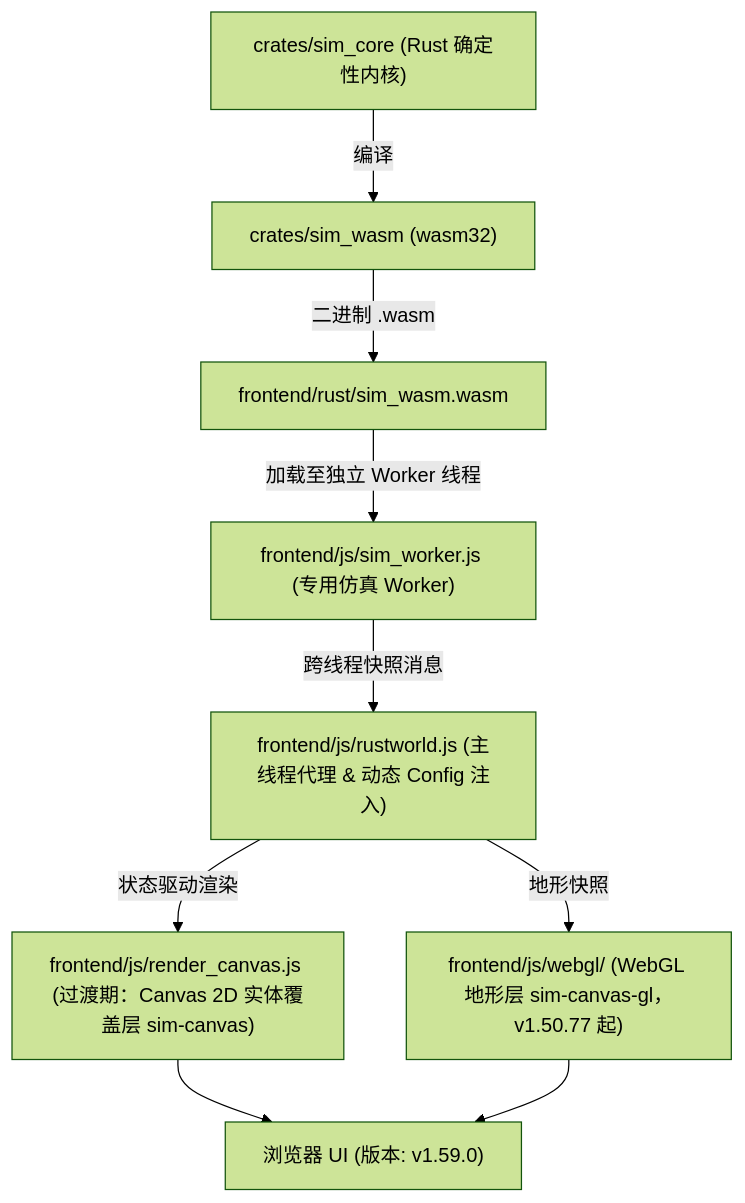
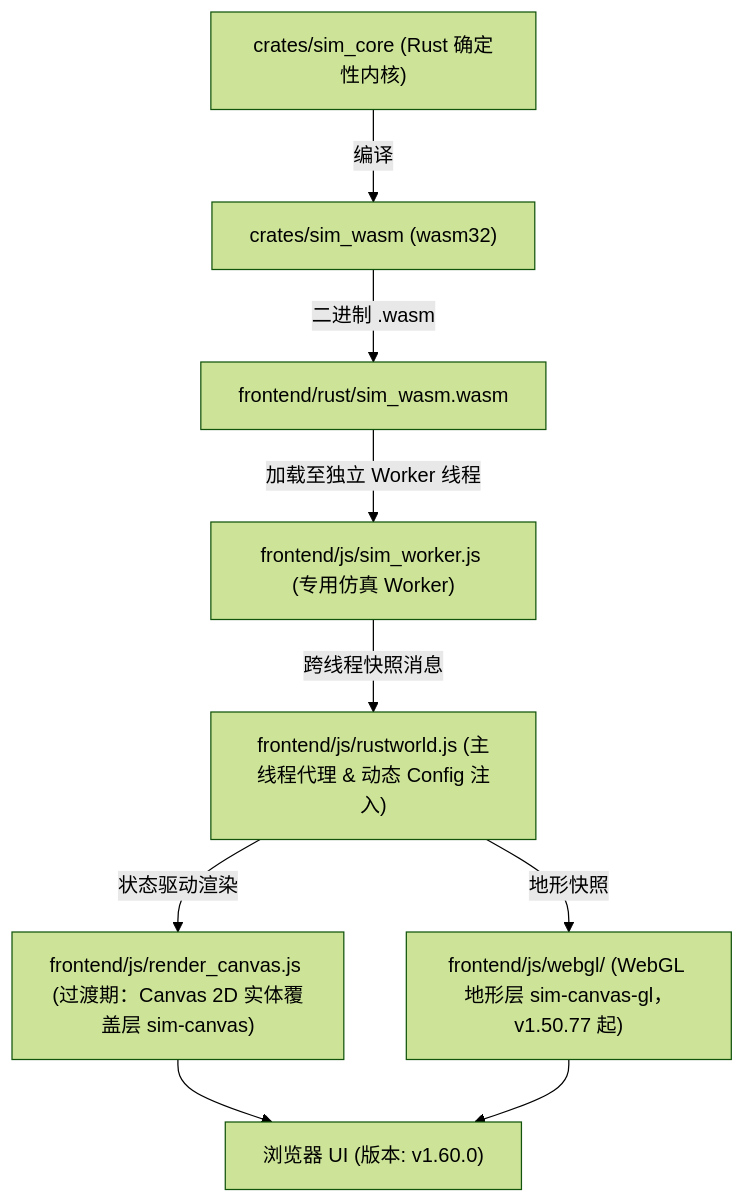
Before and after one commit to g39088902/FlowAndAccord: the diagram in AGENTS.md, drawn with Mermaid (forest theme). The commit also changed other lines of this file and 39 other files, not shown here.

````diff
--- a/AGENTS.md
+++ b/AGENTS.md
@@ -62,12 +62,12 @@
 ```mermaid
 graph TD
     A["crates/sim_core (Rust 确定性内核)"] -->|编译| B["crates/sim_wasm (wasm32)"]
     B -->|二进制 .wasm| C["frontend/rust/sim_wasm.wasm"]
     C -->|加载至独立 Worker 线程| D["frontend/js/sim_worker.js (专用仿真 Worker)"]
     D -->|跨线程快照消息| E["frontend/js/rustworld.js (主线程代理 & 动态 Config 注入)"]
     E -->|状态驱动渲染| F["frontend/js/render_canvas.js (过渡期：Canvas 2D 实体覆盖层 sim-canvas)"]
     E -->|地形快照| F2["frontend/js/webgl/ (WebGL 地形层 sim-canvas-gl，v1.50.77 起)"]
-    F --> G["浏览器 UI (版本: v1.59.0)"]
+    F --> G["浏览器 UI (版本: v1.60.0)"]
     F2 --> G
 
 ```
````
